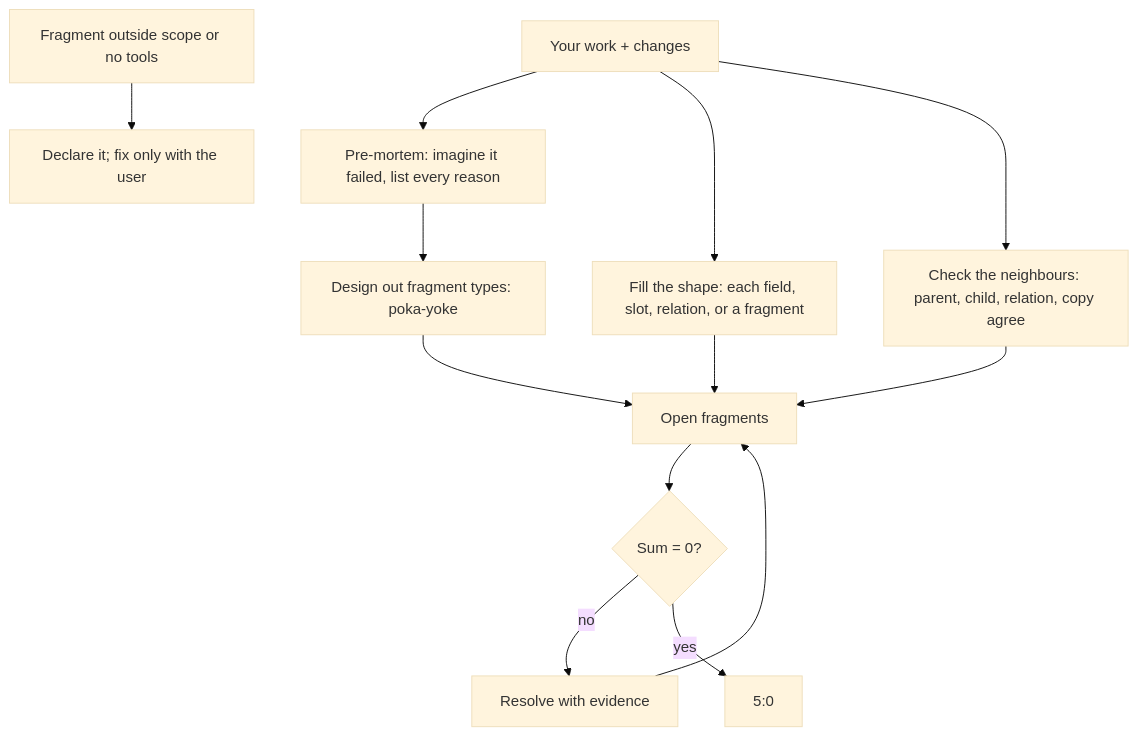
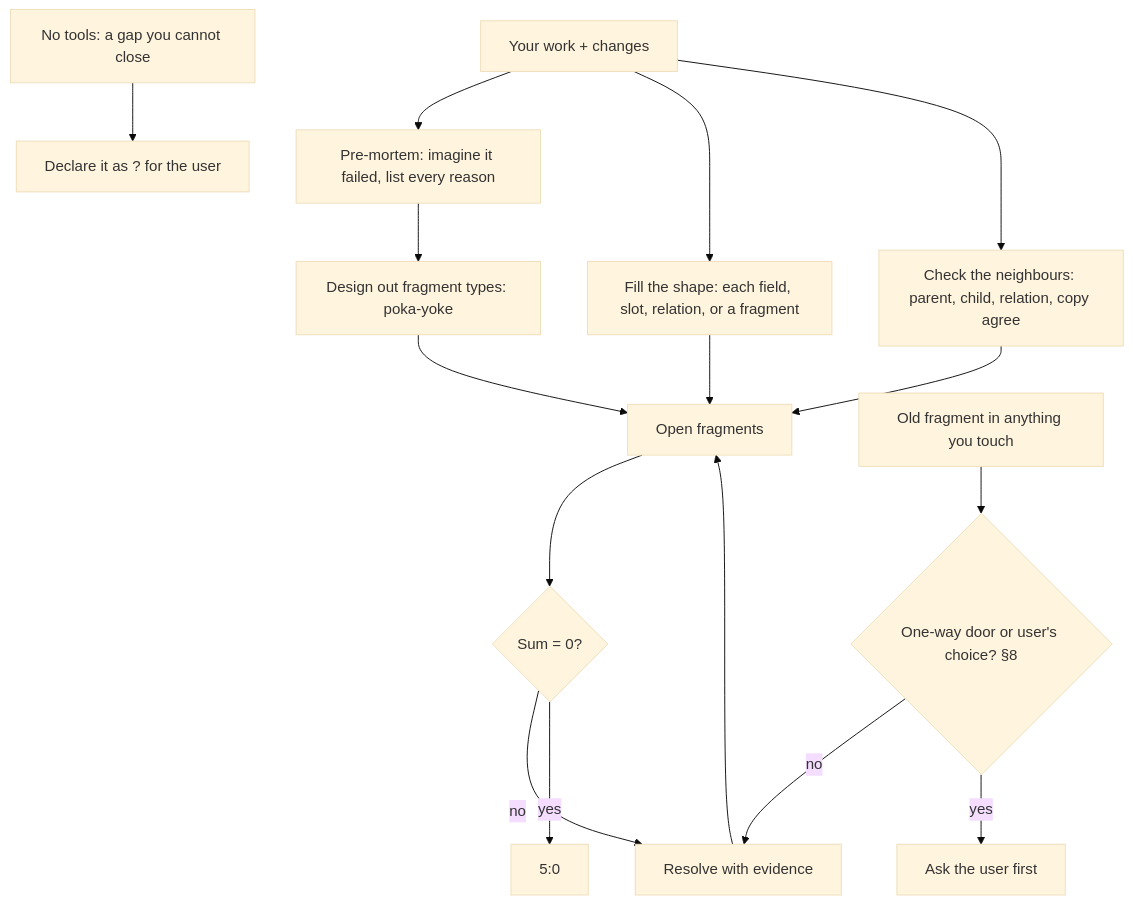
The second of 14 diagrams in AGENTS.md (SolenixAI/arbiter), drawn with Mermaid (base theme) before and after one commit. The commit also changed other lines of this file, not shown here.

First line of the commit message:
fix(agents): scope is everything you touch; frontier notation; redraw section 2 (#15)

````diff
--- a/AGENTS.md
+++ b/AGENTS.md
@@ -77,9 +80,12 @@
 ```mermaid
 flowchart TD
   W[Your work + changes] --> PM[Pre-mortem: imagine it failed, list every reason] --> P[Design out fragment types: poka-yoke] --> L[Open fragments] --> C{Sum = 0?}
   C -->|no| F[Resolve with evidence] --> L
   W --> SH[Fill the shape: each field, slot, relation, or a fragment] --> L
   W --> NB[Check the neighbours: parent, child, relation, copy agree] --> L
   C -->|yes| D[5:0]
-  O[Fragment outside scope or no tools] --> X["Declare it; fix only with the user"]
+  O[Old fragment in anything you touch] --> OW{One-way door or user's choice? §8}
+  OW -->|no| F
+  OW -->|yes| UA[Ask the user first]
+  NT[No tools: a gap you cannot close] --> X["Declare it as ? for the user"]
 ```
````
